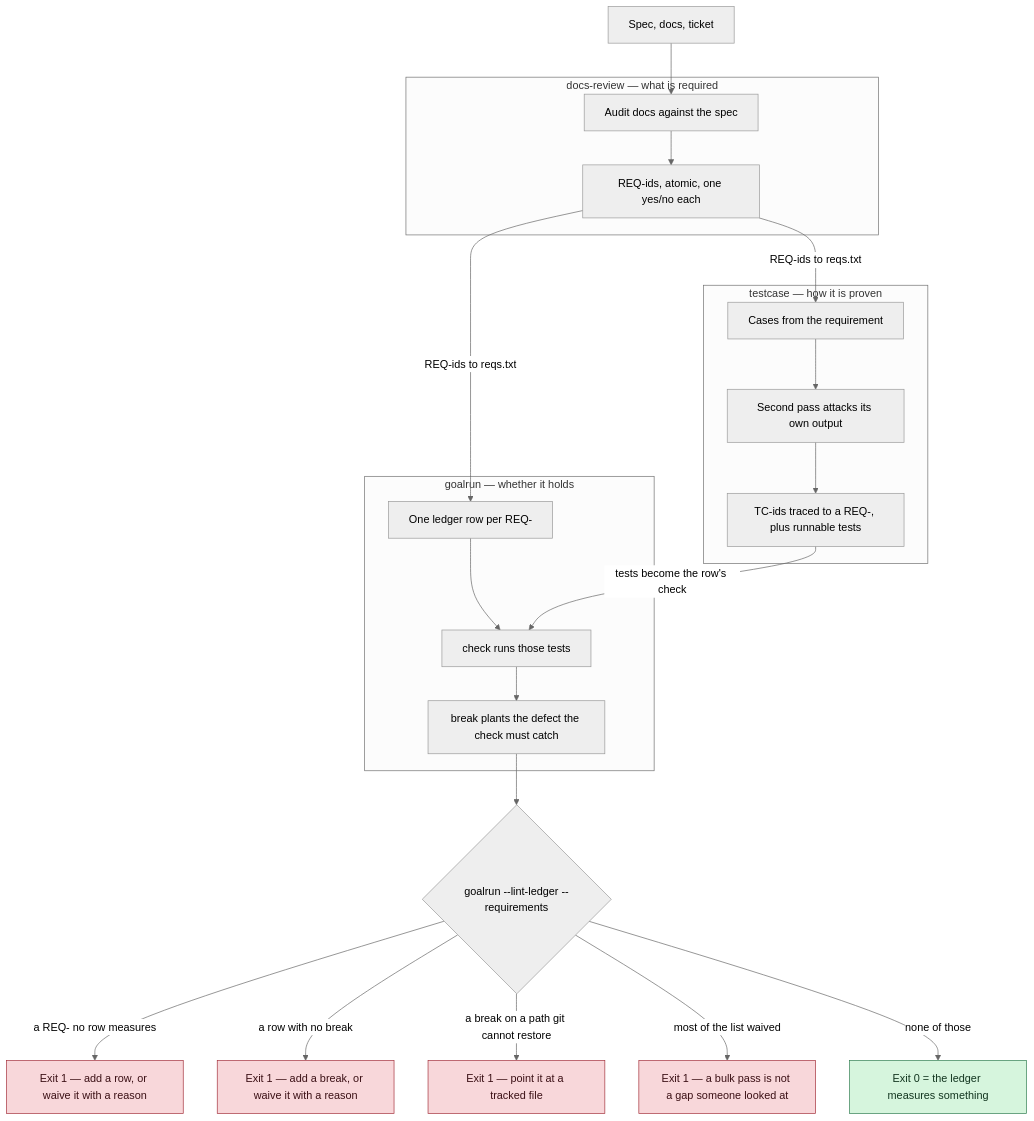
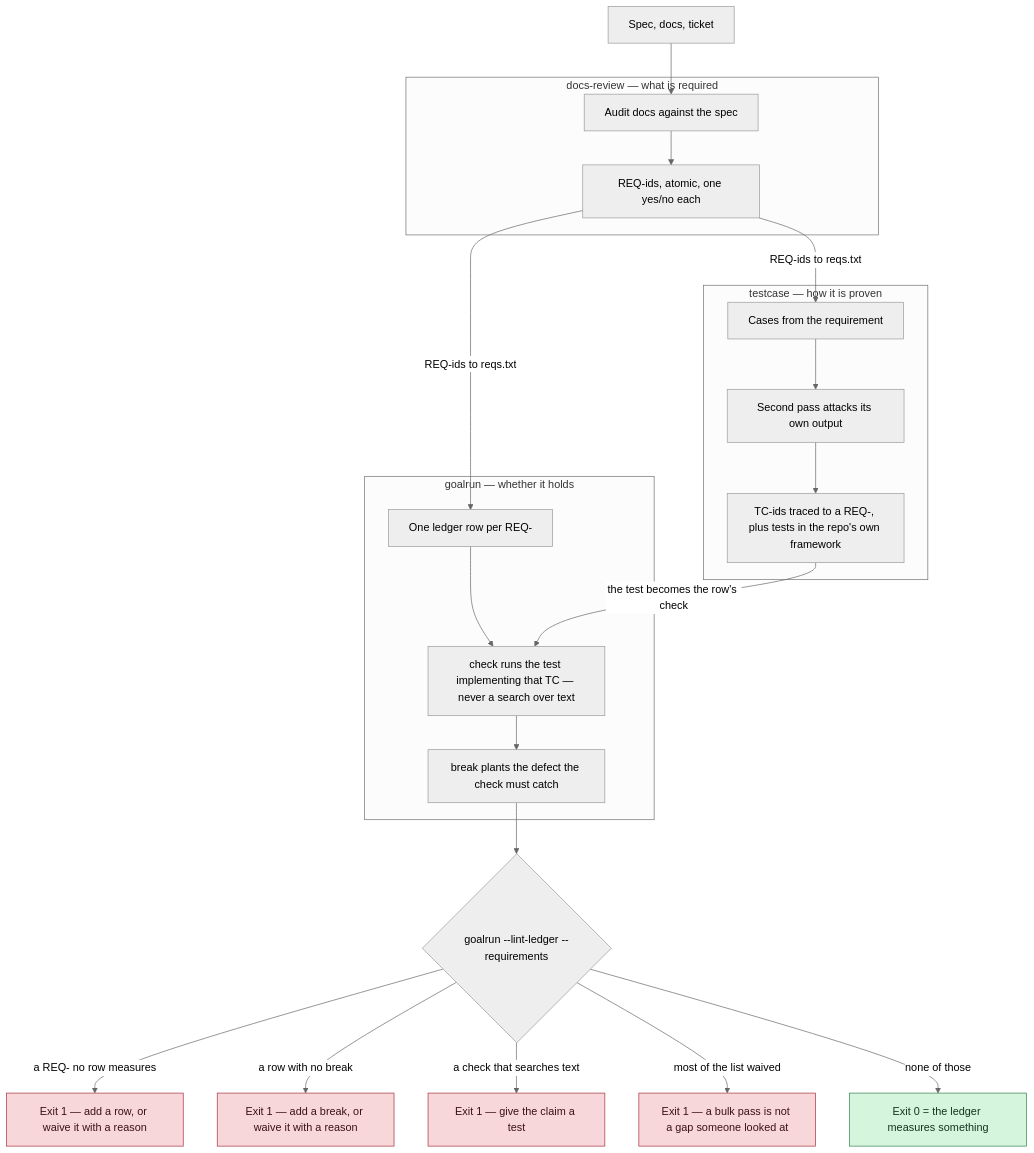
The first of 4 diagrams in docs/how-it-works.md (xtieume/testcase), drawn with Mermaid (neutral theme) before and after one commit. The commit also changed other lines of this file and 7 other files, not shown here.

````diff
--- a/docs/how-it-works.md
+++ b/docs/how-it-works.md
@@ -13,44 +13,44 @@
 ```mermaid
 flowchart TD
     SPEC["Spec, docs, ticket"]
 
     subgraph DR["docs-review — what is required"]
         DR1["Audit docs against the spec"]
         DR2["REQ-ids, atomic, one yes/no each"]
         DR1 --> DR2
     end
 
     subgraph TC["testcase — how it is proven"]
         TC1["Cases from the requirement"]
         TC2["Second pass attacks its own output"]
-        TC3["TC-ids traced to a REQ-, plus runnable tests"]
+        TC3["TC-ids traced to a REQ-, plus tests in the repo's own framework"]
         TC1 --> TC2 --> TC3
     end
 
     subgraph GR["goalrun — whether it holds"]
         GR1["One ledger row per REQ-"]
-        GR2["check runs those tests"]
+        GR2["check runs the test implementing that TC — never a search over text"]
         GR3["break plants the defect the check must catch"]
         GR1 --> GR2 --> GR3
     end
 
     GATE{"goalrun --lint-ledger --requirements"}
     OUT["Exit 0 = the ledger measures something"]
 
     SPEC --> DR1
     DR2 -->|"REQ-ids to reqs.txt"| TC1
     DR2 -->|"REQ-ids to reqs.txt"| GR1
-    TC3 -->|"tests become the row's check"| GR2
+    TC3 -->|"the test becomes the row's check"| GR2
     GR3 --> GATE
     GATE -->|"a REQ- no row measures"| FAIL1["Exit 1 — add a row, or waive it with a reason"]
     GATE -->|"a row with no break"| FAIL2["Exit 1 — add a break, or waive it with a reason"]
-    GATE -->|"a break on a path git cannot restore"| FAIL3["Exit 1 — point it at a tracked file"]
+    GATE -->|"a check that searches text"| FAIL3["Exit 1 — give the claim a test"]
     GATE -->|"most of the list waived"| FAIL4["Exit 1 — a bulk pass is not a gap someone looked at"]
     GATE -->|"none of those"| OUT
 
     style OUT fill:#d6f5dd,stroke:#2f7d4f,color:#12351f
     style FAIL1 fill:#f8d7da,stroke:#a3303b,color:#3b1015
     style FAIL2 fill:#f8d7da,stroke:#a3303b,color:#3b1015
     style FAIL3 fill:#f8d7da,stroke:#a3303b,color:#3b1015
     style FAIL4 fill:#f8d7da,stroke:#a3303b,color:#3b1015
 ```
````
